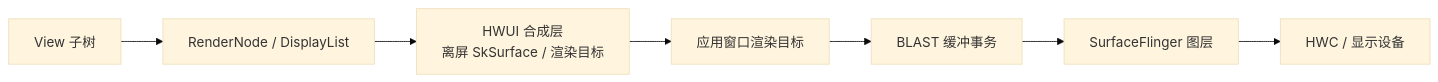
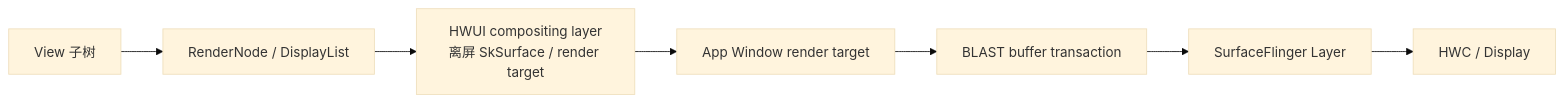
The diagram in src/part1-fundamentals/ch02-rendering/07-hardware-layer.md (Gracker/android-internals-wiki), drawn with Mermaid (base theme) before and after one commit. The commit also changed other lines of this file and 4 other files, not shown here.

````diff
--- a/src/part1-fundamentals/ch02-rendering/07-hardware-layer.md
+++ b/src/part1-fundamentals/ch02-rendering/07-hardware-layer.md
@@ -107,9 +107,9 @@
 ```mermaid
 flowchart LR
     V["View 子树"] --> DL["RenderNode / DisplayList"]
-    DL --> L["HWUI 合成层<br/>离屏 SkSurface / 渲染目标"]
-    L --> W["应用窗口渲染目标"]
-    W --> B["BLAST 缓冲事务"]
-    B --> S["SurfaceFlinger 图层"]
-    S --> D["HWC / 显示设备"]
+    DL --> L["HWUI compositing layer<br/>离屏 SkSurface / render target"]
+    L --> W["App Window render target"]
+    W --> B["BLAST buffer transaction"]
+    B --> S["SurfaceFlinger Layer"]
+    S --> D["HWC / Display"]
 ```
````
